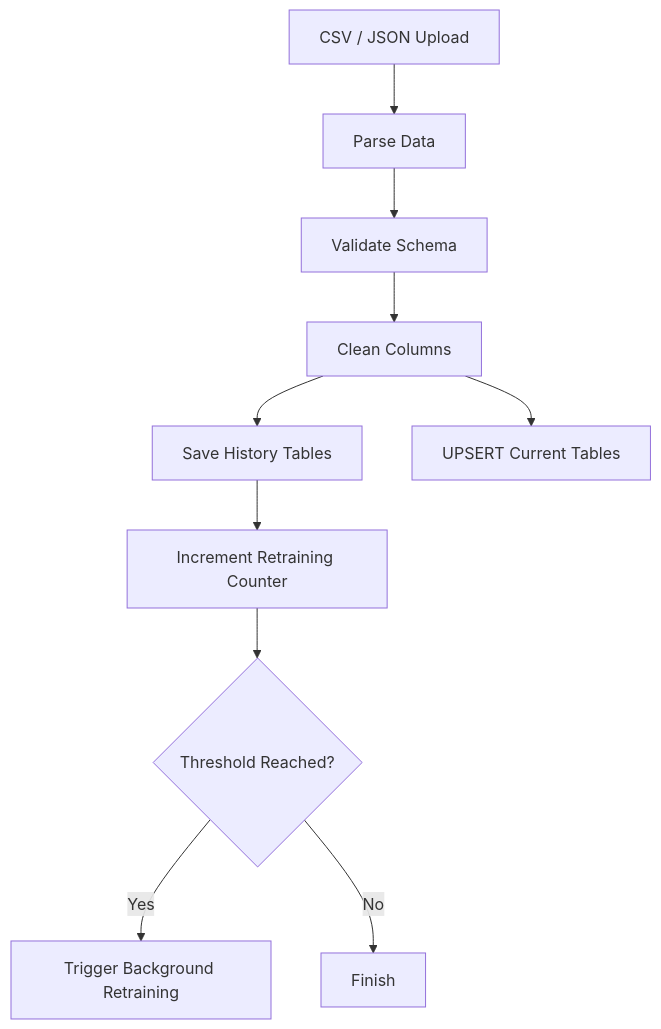
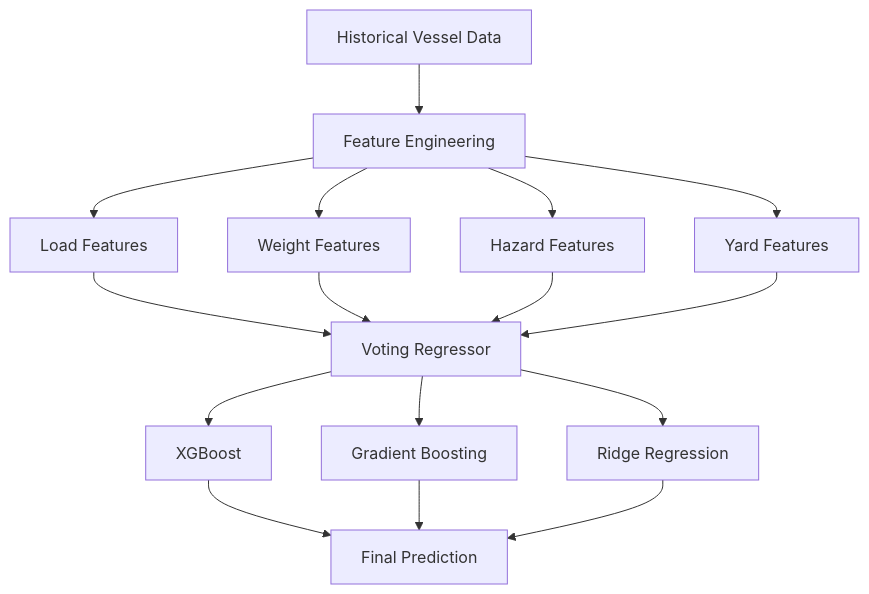
The third of 8 diagrams in README.md (SHATHISH-07/port-system), drawn with Mermaid before and after one commit. The commit also changed other lines of this file, not shown here.

````diff
--- a/README.md
+++ b/README.md
@@ -358,12 +454,24 @@
 ```mermaid
-flowchart TD
-    A[CSV / JSON Upload] --> B[Parse Data]
-    B --> C[Validate Schema]
-    C --> D[Clean Columns]
-    D --> E[Save History Tables]
-    D --> F[UPSERT Current Tables]
-    E --> G[Increment Retraining Counter]
-    G --> H{Threshold Reached?}
-    H -- Yes --> I[Trigger Background Retraining]
-    H -- No --> J[Finish]
+graph TD
+
+    A[Historical Vessel Data]
+    --> B[Feature Engineering]
+
+    B --> C[Load Features]
+    B --> D[Weight Features]
+    B --> E[Hazard Features]
+    B --> F[Yard Features]
+
+    C --> G[Voting Regressor]
+    D --> G
+    E --> G
+    F --> G
+
+    G --> H[XGBoost]
+    G --> I[Gradient Boosting]
+    G --> J[Ridge Regression]
+
+    H --> K[Final Prediction]
+    I --> K
+    J --> K
 ```
````
